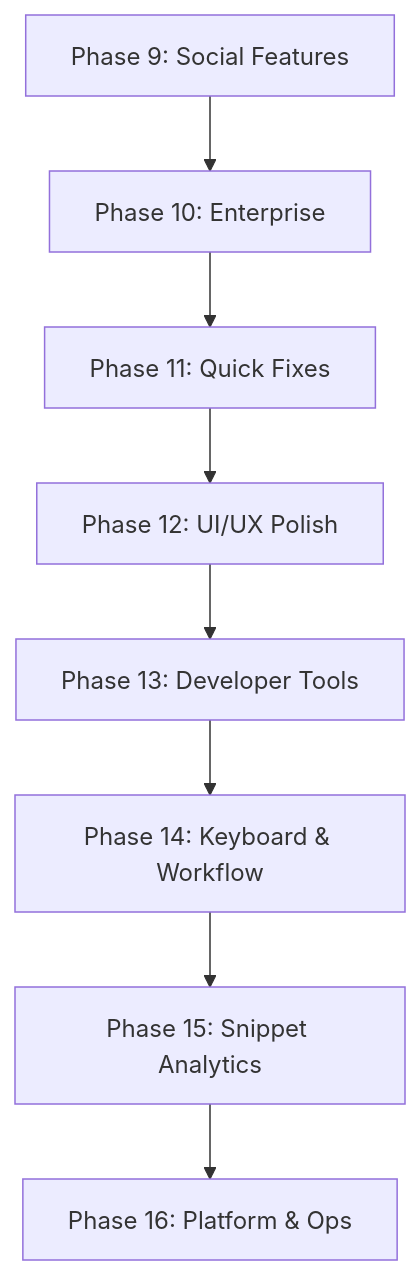
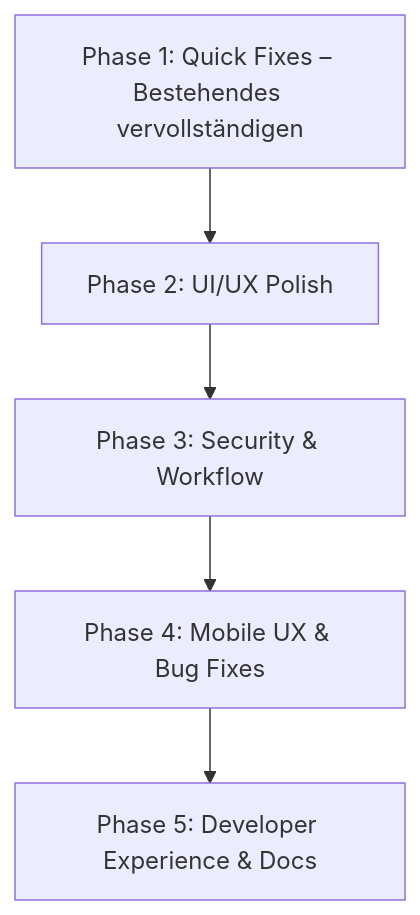
One commit to Shik3i/KoalaSnippets changed the diagram in docs/ROADMAP.md. Above: the diagram before and after it, drawn with Mermaid. The commit also changed other lines of this file and 9 other files, not shown here.

Commit message:
feat: Phase 1 - Quick Fixes: DB indexes, API error utility, command palette search history, test coverage

````diff
--- a/docs/ROADMAP.md
+++ b/docs/ROADMAP.md
@@ -37,10 +33,7 @@
 ```mermaid
 graph TD
-    Phase9[Phase 9: Social Features] --> Phase10[Phase 10: Enterprise]
-    Phase10 --> Phase11[Phase 11: Quick Fixes]
-    Phase11 --> Phase12[Phase 12: UI/UX Polish]
-    Phase12 --> Phase13[Phase 13: Developer Tools]
-    Phase13 --> Phase14[Phase 14: Keyboard & Workflow]
-    Phase14 --> Phase15[Phase 15: Snippet Analytics]
-    Phase15 --> Phase16[Phase 16: Platform & Ops]
+    Phase1[Phase 1: Quick Fixes – Bestehendes vervollständigen] --> Phase2[Phase 2: UI/UX Polish]
+    Phase2 --> Phase3[Phase 3: Security & Workflow]
+    Phase3 --> Phase4[Phase 4: Mobile UX & Bug Fixes]
+    Phase4 --> Phase5[Phase 5: Developer Experience & Docs]
 ```
````
